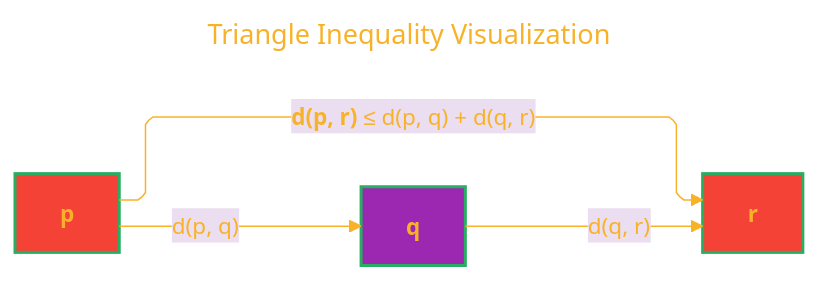
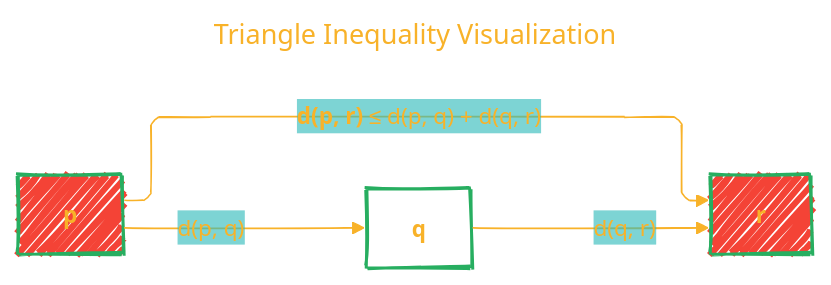
Before and after one commit to CongLeSolutionX/Harmonic_Atomica: the fourth of 7 diagrams in Distance_Similarity_Metrics/Euclidean_Distance.md, drawn with Mermaid. The commit also changed other lines of this file, not shown here.

````diff
--- a/Distance_Similarity_Metrics/Euclidean_Distance.md
+++ b/Distance_Similarity_Metrics/Euclidean_Distance.md
@@ -245,40 +248,41 @@
 ```mermaid
 ---
 title: "Triangle Inequality Visualization"
 author: "Cong Le"
 version: "1.0"
 license(s): "MIT, CC BY-SA 4.0"
 copyright: "Copyright © 2025 Cong Le. All Rights Reserved."
 config:
   layout: elk
   theme: base
+  look: handDrawn
 ---
 %%%%%%%% Mermaid version v11.4.1-b.14
 %%%%%%%% Available curve styles include the following keywords:
 %% basis, bumpX, bumpY, cardinal, catmullRom, linear, monotoneX, monotoneY, natural, step, stepAfter, stepBefore.
 %%{
   init: {
     'securityLevel': 'loose',
     'flowchart': { 'htmlLabels': true, 'curve': 'linear' },
     'fontFamily': 'Comic Sans MS, cursive, sans-serif',
     'themeVariables': {
       'primaryColor': '#22BB',
       'primaryTextColor': '#F8B229',
       'lineColor': '#F8B229',
       'primaryBorderColor': '#27AE60',
-      'secondaryColor': '#EBDEF0',
+      'secondaryColor': '#3BB4',
       'secondaryTextColor': '#6C3483',
       'secondaryBorderColor': '#A569BD',
       'fontSize': '15px'
     }
   }
 }%%
 flowchart LR
     P["<b>p</b>"] -- "d(p, q)" --> Q["<b>q</b>"]
     Q -- "d(q, r)" --> R["<b>r</b>"]
     P -- "<b>d(p, r)</b> ≤ d(p, q) + d(q, r)" --> R
 
     style P fill:#F44336, stroke-width:2px
-    style Q fill:#9C27B0, stroke-width:2px
+    style Q fill:#932B0, stroke-width:2px
     style R fill:#F44336, stroke-width:2px
 ```
````
